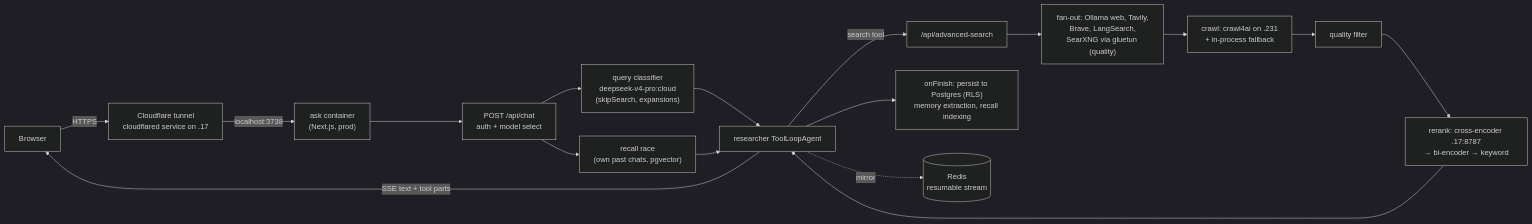
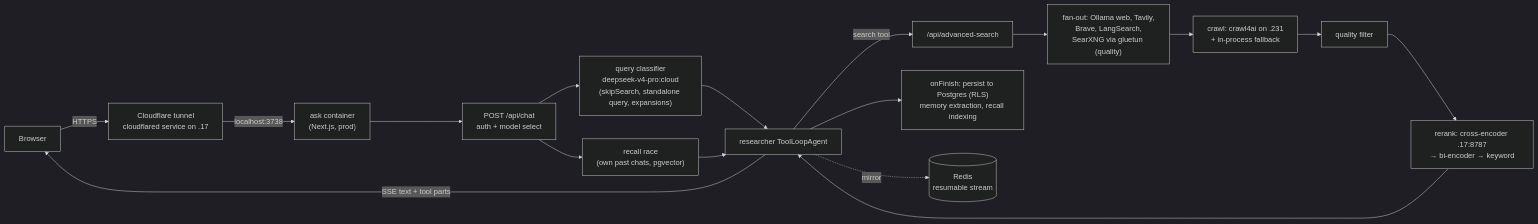
Before and after one commit to hbqdev/ask: the diagram in docs-site/docs/getting-started/overview.md, drawn with Mermaid (dark theme). The commit also changed other lines of this file and 22 other files, not shown here.

````diff
--- a/docs-site/docs/getting-started/overview.md
+++ b/docs-site/docs/getting-started/overview.md
@@ -62,19 +66,19 @@
 ```mermaid
 flowchart LR
   B[Browser] -->|HTTPS| CF[Cloudflare tunnel<br/>cloudflared service on .17]
   CF -->|localhost:3738| APP["ask container<br/>(Next.js, prod)"]
   APP --> CHAT["POST /api/chat<br/>auth + model select"]
-  CHAT --> CLS["query classifier<br/>deepseek-v4-pro:cloud<br/>(skipSearch, expansions)"]
+  CHAT --> CLS["query classifier<br/>deepseek-v4-pro:cloud<br/>(skipSearch, standalone query, expansions)"]
   CHAT --> REC["recall race<br/>(own past chats, pgvector)"]
   CLS --> AG["researcher ToolLoopAgent"]
   REC --> AG
   AG -->|search tool| ADV["/api/advanced-search"]
   ADV --> FAN["fan-out: Ollama web, Tavily,<br/>Brave, LangSearch,<br/>SearXNG via gluetun (quality)"]
   FAN --> CRAWL["crawl: crawl4ai on .231<br/>+ in-process fallback"]
   CRAWL --> QF[quality filter]
   QF --> RR["rerank: cross-encoder .17:8787<br/>→ bi-encoder → keyword"]
   RR --> AG
   AG -->|SSE text + tool parts| B
   AG --> PERSIST["onFinish: persist to Postgres (RLS)<br/>memory extraction, recall indexing"]
   AG -.->|mirror| REDIS[(Redis<br/>resumable stream)]
 ```
````
